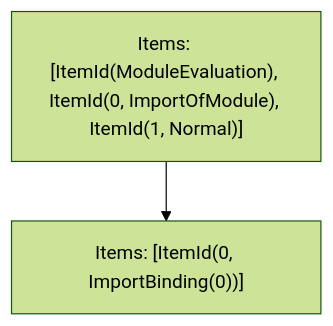
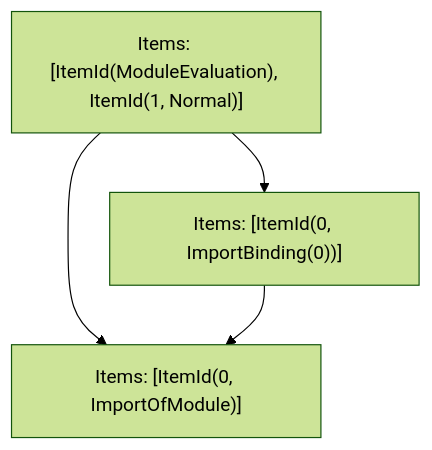
The fifth of 5 diagrams in turbopack/crates/turbopack-ecmascript/tests/tree-shaker/analyzer/dce/output.md (Dreitt/nextt), drawn with Mermaid (forest theme) before and after one commit. The commit also changed other lines of this file and 19 other files, not shown here.

````diff
--- a/turbopack/crates/turbopack-ecmascript/tests/tree-shaker/analyzer/dce/output.md
+++ b/turbopack/crates/turbopack-ecmascript/tests/tree-shaker/analyzer/dce/output.md
@@ -81,6 +81,9 @@
 ```mermaid
 graph TD
-    N0["Items: [ItemId(ModuleEvaluation), ItemId(0, ImportOfModule), ItemId(1, Normal)]"];
-    N1["Items: [ItemId(0, ImportBinding(0))]"];
+    N0["Items: [ItemId(ModuleEvaluation), ItemId(1, Normal)]"];
+    N1["Items: [ItemId(0, ImportOfModule)]"];
+    N2["Items: [ItemId(0, ImportBinding(0))]"];
     N0 --> N1;
+    N0 --> N2;
+    N2 --> N1;
 ```
````
